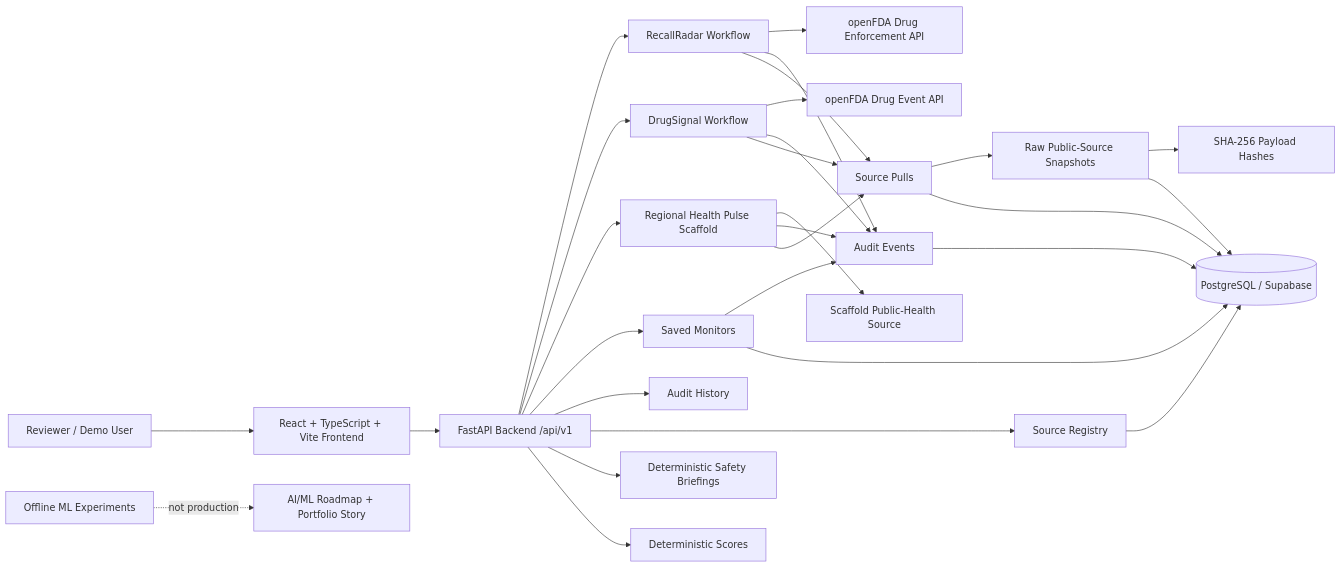
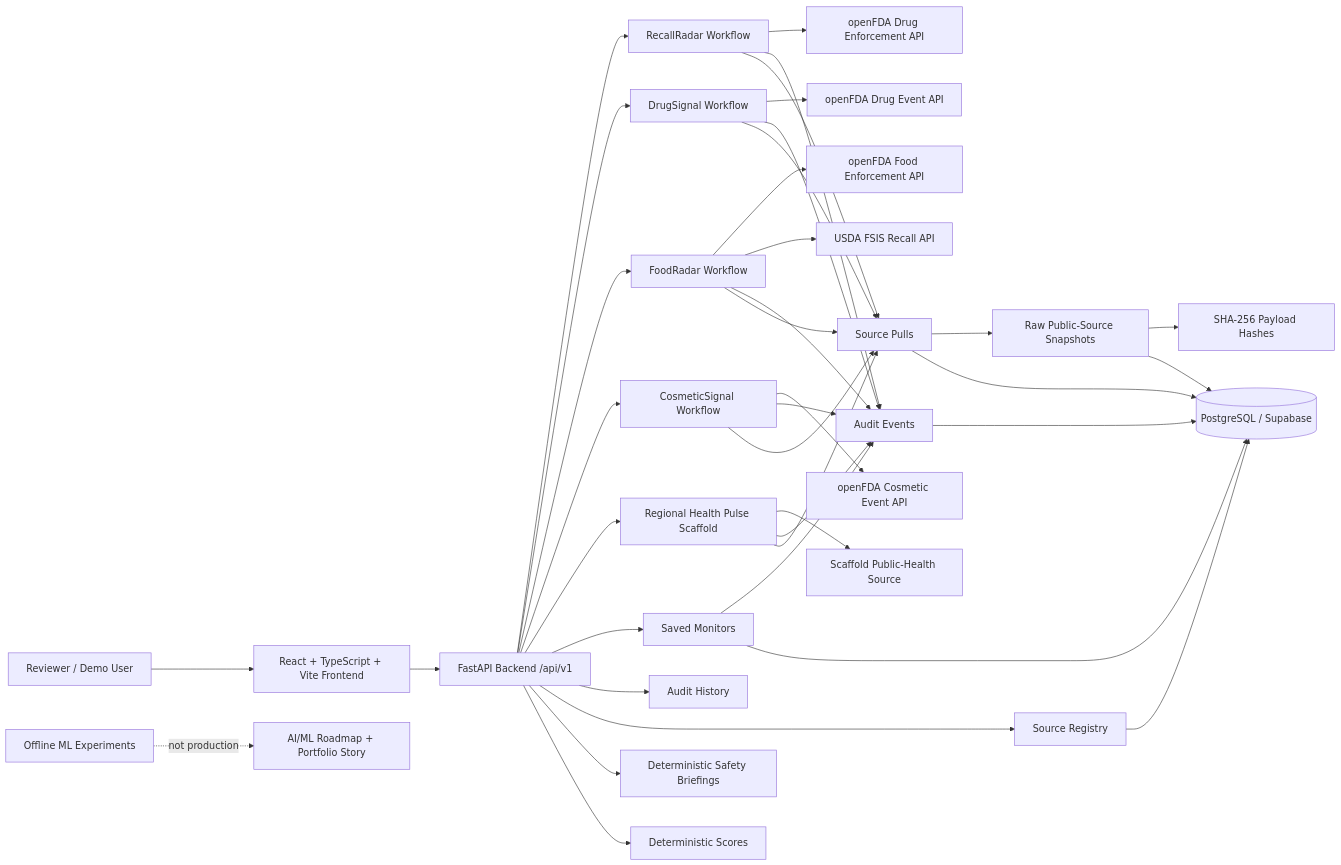
Before and after one commit to ChanduEsukula/dav-ai: the diagram in docs/current_architecture_overview.md, drawn with Mermaid. The commit also changed other lines of this file and 7 other files, not shown here.

Commit message:
Update docs for FoodRadar and CosmeticSignal

````diff
--- a/docs/current_architecture_overview.md
+++ b/docs/current_architecture_overview.md
@@ -78,40 +83,49 @@
 ```mermaid
 flowchart LR
     User[Reviewer / Demo User] --> FE[React + TypeScript + Vite Frontend]
 
     FE --> API[FastAPI Backend /api/v1]
 
     API --> RR[RecallRadar Workflow]
     API --> DS[DrugSignal Workflow]
+    API --> FR[FoodRadar Workflow]
+    API --> CS[CosmeticSignal Workflow]
     API --> RHP[Regional Health Pulse Scaffold]
     API --> SM[Saved Monitors]
     API --> AH[Audit History]
     API --> SR[Source Registry]
 
     RR --> OFDA1[openFDA Drug Enforcement API]
     DS --> OFDA2[openFDA Drug Event API]
+    FR --> OFDA3[openFDA Food Enforcement API]
+    FR --> FSIS[USDA FSIS Recall API]
+    CS --> OFDA4[openFDA Cosmetic Event API]
     RHP --> Scaffold[Scaffold Public-Health Source]
 
     RR --> Audit[Audit Events]
     DS --> Audit
+    FR --> Audit
+    CS --> Audit
     RHP --> Audit
     SM --> Audit
 
     RR --> Pulls[Source Pulls]
     DS --> Pulls
+    FR --> Pulls
+    CS --> Pulls
     RHP --> Pulls
 
     Pulls --> Snapshots[Raw Public-Source Snapshots]
     Snapshots --> Hashes[SHA-256 Payload Hashes]
 
     Audit --> DB[(PostgreSQL / Supabase)]
     Pulls --> DB
     Snapshots --> DB
     SM --> DB
     SR --> DB
 
     API --> Briefings[Deterministic Safety Briefings]
     API --> Scores[Deterministic Scores]
 
     ML[Offline ML Experiments] -. not production .-> Docs[AI/ML Roadmap + Portfolio Story]
 ```
````
